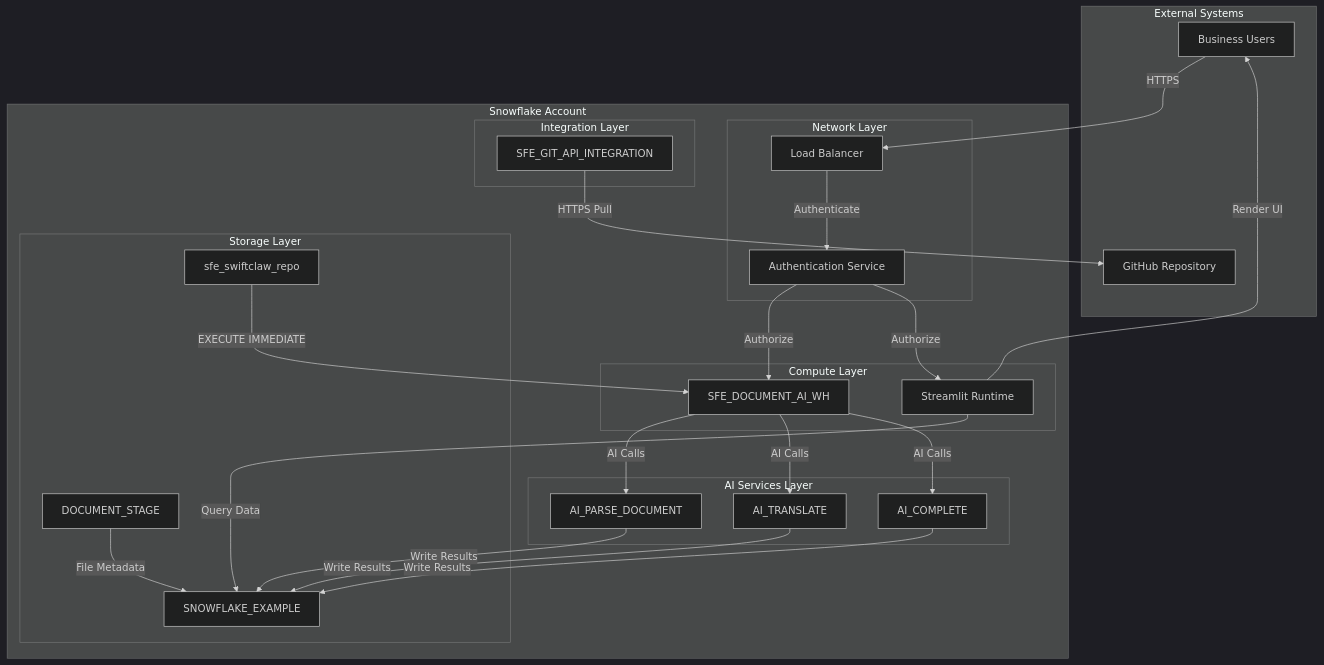
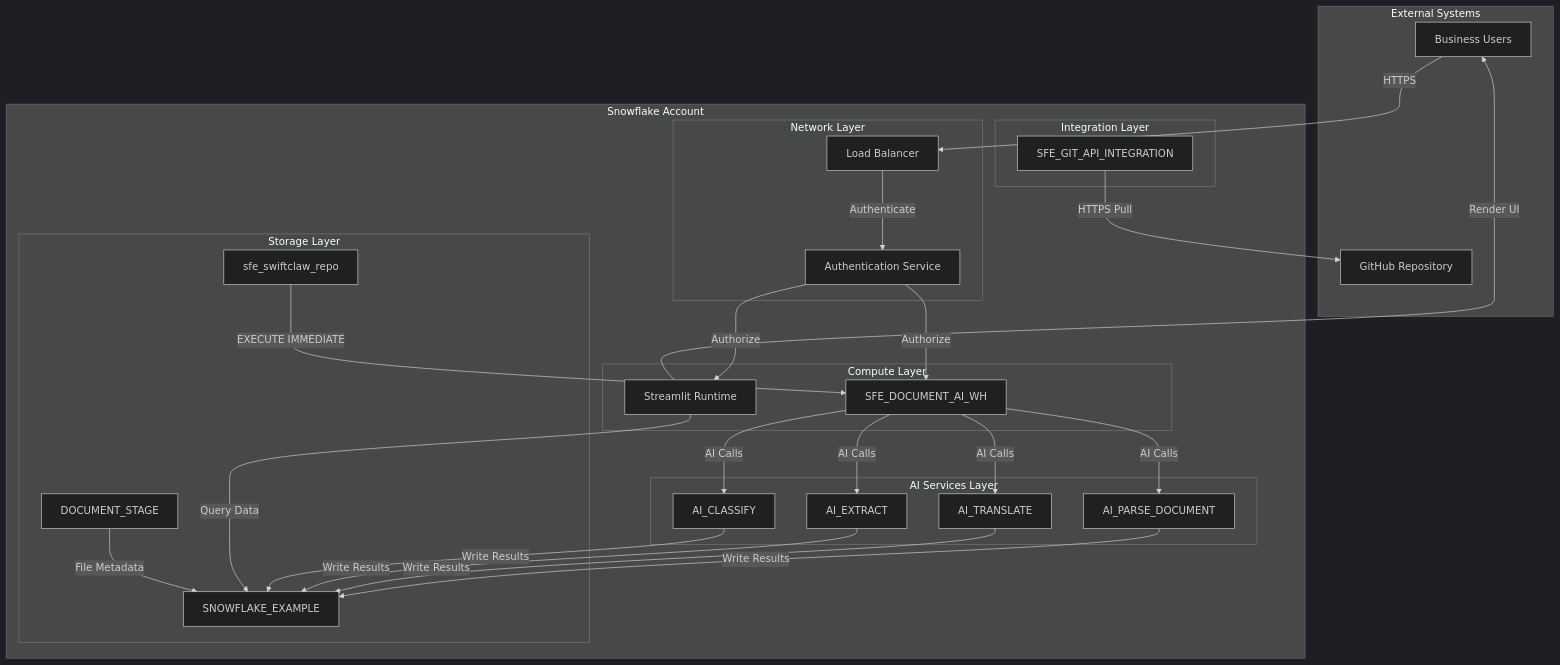
Before and after one commit to sfc-gh-miwhitaker/swiftclaw: the diagram in diagrams/network-flow.md, drawn with Mermaid (dark theme). The commit also changed other lines of this file and 9 other files, not shown here.

````diff
--- a/diagrams/network-flow.md
+++ b/diagrams/network-flow.md
@@ -17,55 +17,58 @@
 ```mermaid
 flowchart TB
     subgraph externalSystems [External Systems]
         User[Business Users]
         GitHub[GitHub Repository]
     end
 
     subgraph snowflakeAccount [Snowflake Account]
         subgraph networkLayer [Network Layer]
             LB[Load Balancer]
             Auth[Authentication Service]
         end
 
         subgraph computeLayer [Compute Layer]
             WH[SFE_DOCUMENT_AI_WH]
             Streamlit[Streamlit Runtime]
         end
 
         subgraph aiLayer [AI Services Layer]
             Parse[AI_PARSE_DOCUMENT]
             Translate[AI_TRANSLATE]
-            Complete[AI_COMPLETE]
+            Extract[AI_EXTRACT]
+            Classify[AI_CLASSIFY]
         end
 
         subgraph storageLayer [Storage Layer]
             DB[SNOWFLAKE_EXAMPLE]
             Stage[DOCUMENT_STAGE]
             GitRepo[sfe_swiftclaw_repo]
         end
 
         subgraph integrationLayer [Integration Layer]
             GitAPI[SFE_GIT_API_INTEGRATION]
         end
     end
 
     User -->|HTTPS| LB
     LB -->|Authenticate| Auth
     Auth -->|Authorize| WH
     Auth -->|Authorize| Streamlit
 
     WH -->|AI Calls| Parse
     WH -->|AI Calls| Translate
-    WH -->|AI Calls| Complete
+    WH -->|AI Calls| Extract
+    WH -->|AI Calls| Classify
 
     Parse -->|Write Results| DB
     Translate -->|Write Results| DB
-    Complete -->|Write Results| DB
+    Extract -->|Write Results| DB
+    Classify -->|Write Results| DB
 
     Streamlit -->|Query Data| DB
     Streamlit -->|Render UI| User
 
     GitAPI -->|HTTPS Pull| GitHub
     GitRepo -->|EXECUTE IMMEDIATE| WH
     Stage -->|File Metadata| DB
 ```
````
